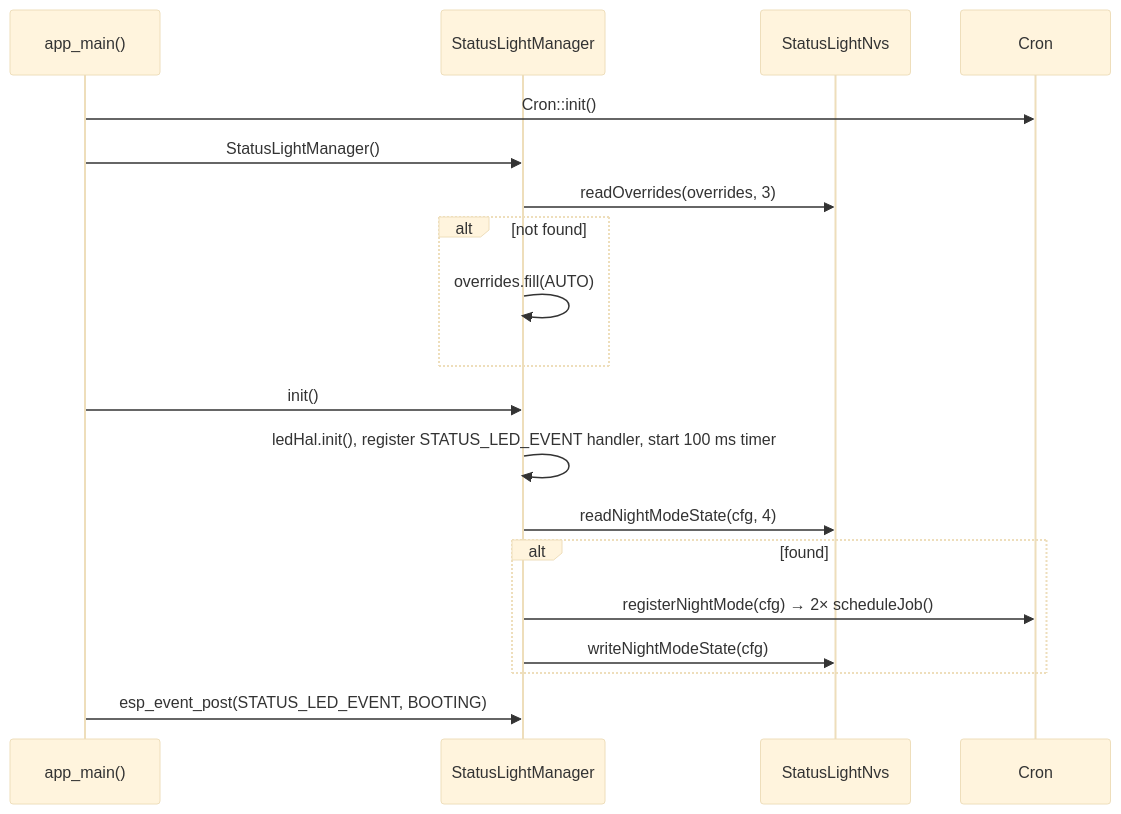
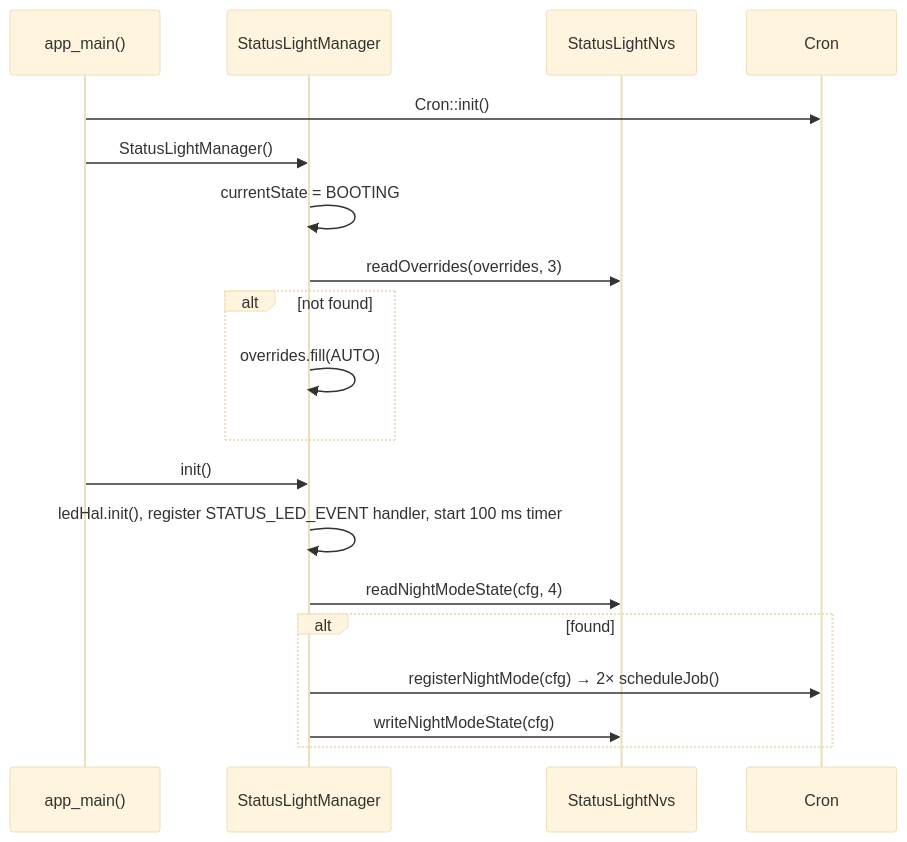
Before and after one commit to codm/czc-unified: the second of 5 diagrams in components/status_light/README.md, drawn with Mermaid (base theme). The commit also changed other lines of this file and 10 other files, not shown here.

````diff
--- a/components/status_light/README.md
+++ b/components/status_light/README.md
@@ -123,22 +124,22 @@
 ```mermaid
 sequenceDiagram
     participant Main as app_main()
     participant SLM as StatusLightManager
     participant NVS as StatusLightNvs
     participant Cron as Cron
 
     Main->>Cron: Cron::init()
     Main->>SLM: StatusLightManager()
+    SLM->>SLM: currentState = BOOTING
     SLM->>NVS: readOverrides(overrides, 3)
     alt not found
         SLM->>SLM: overrides.fill(AUTO)
     end
     Main->>SLM: init()
     SLM->>SLM: ledHal.init(), register STATUS_LED_EVENT handler, start 100 ms timer
     SLM->>NVS: readNightModeState(cfg, 4)
     alt found
         SLM->>Cron: registerNightMode(cfg) → 2× scheduleJob()
         SLM->>NVS: writeNightModeState(cfg)
     end
-    Main->>SLM: esp_event_post(STATUS_LED_EVENT, BOOTING)
 ```
````
